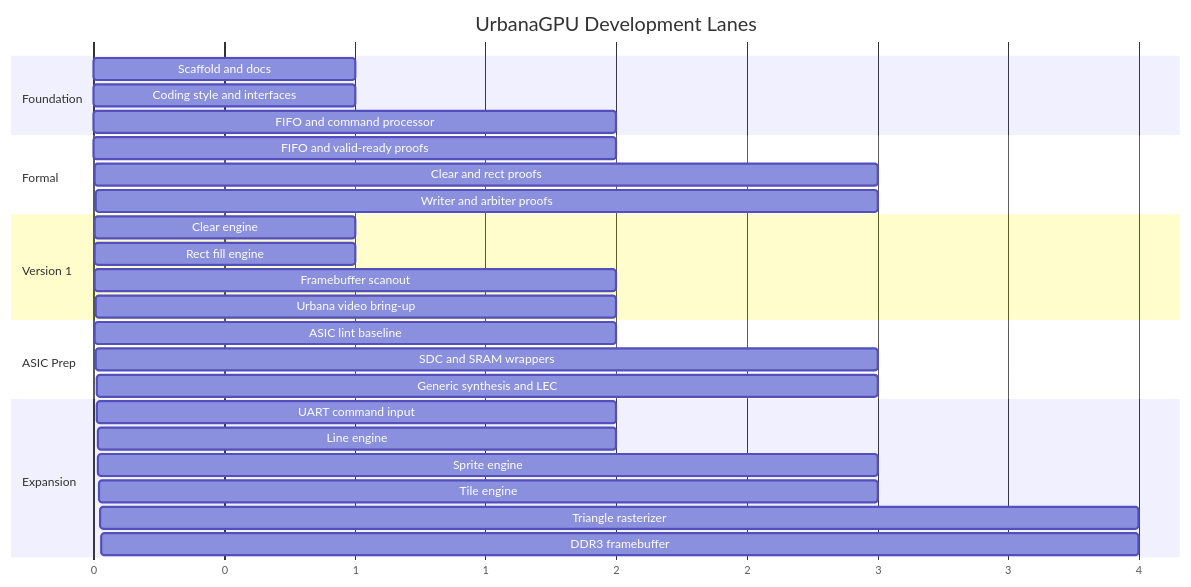
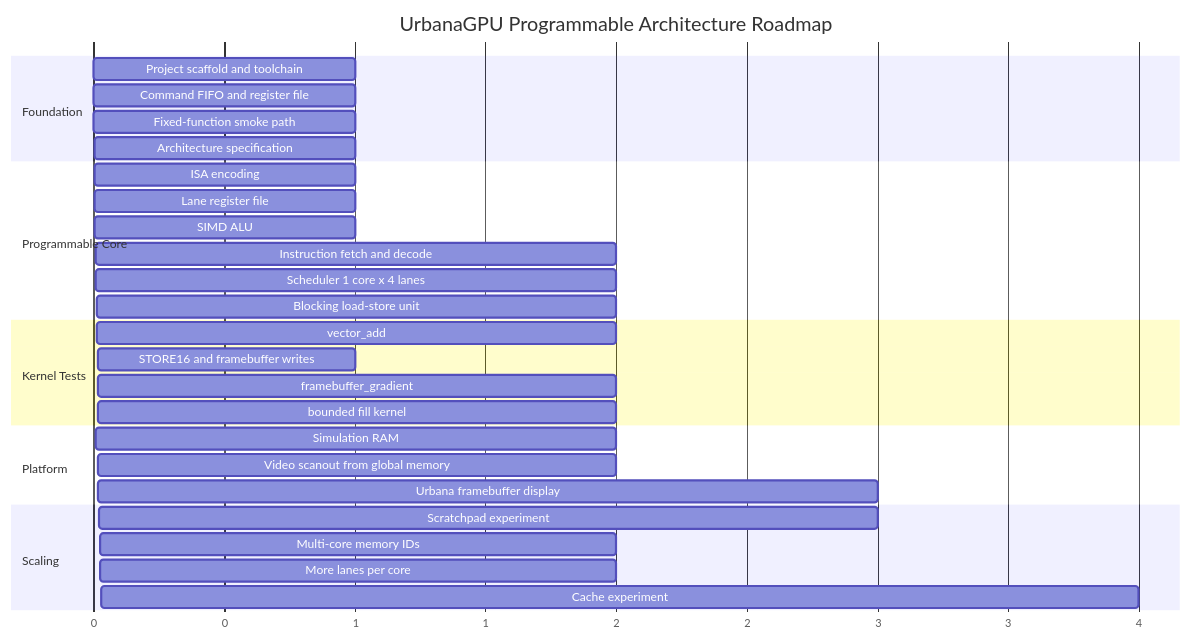
The diagram in docs/roadmap.md (amanpdesai/baby-gpu), drawn with Mermaid before and after one commit. The commit also changed other lines of this file and 11 other files, not shown here.

Commit message:
docs: define programmable GPU architecture

````diff
--- a/docs/roadmap.md
+++ b/docs/roadmap.md
@@ -8,30 +10,32 @@
 ```mermaid
 gantt
-  title UrbanaGPU Development Lanes
+  title UrbanaGPU Programmable Architecture Roadmap
   dateFormat X
   axisFormat %s
   section Foundation
-  Scaffold and docs           :0, 1
-  Coding style and interfaces :1, 1
-  FIFO and command processor  :2, 2
-  section Formal
-  FIFO and valid-ready proofs :2, 2
-  Clear and rect proofs       :4, 3
-  Writer and arbiter proofs   :7, 3
-  section Version 1
-  Clear engine                :4, 1
-  Rect fill engine            :5, 1
-  Framebuffer scanout         :6, 2
-  Urbana video bring-up       :8, 2
-  section ASIC Prep
-  ASIC lint baseline          :6, 2
-  SDC and SRAM wrappers       :8, 3
-  Generic synthesis and LEC   :11, 3
-  section Expansion
-  UART command input          :14, 2
-  Line engine                 :16, 2
-  Sprite engine               :18, 3
-  Tile engine                 :21, 3
-  Triangle rasterizer         :24, 4
-  DDR3 framebuffer            :28, 4
+  Project scaffold and toolchain      :0, 1
+  Command FIFO and register file      :1, 1
+  Fixed-function smoke path           :2, 1
+  Architecture specification          :3, 1
+  section Programmable Core
+  ISA encoding                        :4, 1
+  Lane register file                  :5, 1
+  SIMD ALU                            :6, 1
+  Instruction fetch and decode        :7, 2
+  Scheduler 1 core x 4 lanes          :9, 2
+  Blocking load-store unit            :11, 2
+  section Kernel Tests
+  vector_add                          :13, 2
+  STORE16 and framebuffer writes      :15, 1
+  framebuffer_gradient                :16, 2
+  bounded fill kernel                 :18, 2
+  section Platform
+  Simulation RAM                      :10, 2
+  Video scanout from global memory    :16, 2
+  Urbana framebuffer display          :18, 3
+  section Scaling
+  Scratchpad experiment               :21, 3
+  Multi-core memory IDs               :24, 2
+  More lanes per core                 :26, 2
+  Cache experiment                    :28, 4
 ```
````
